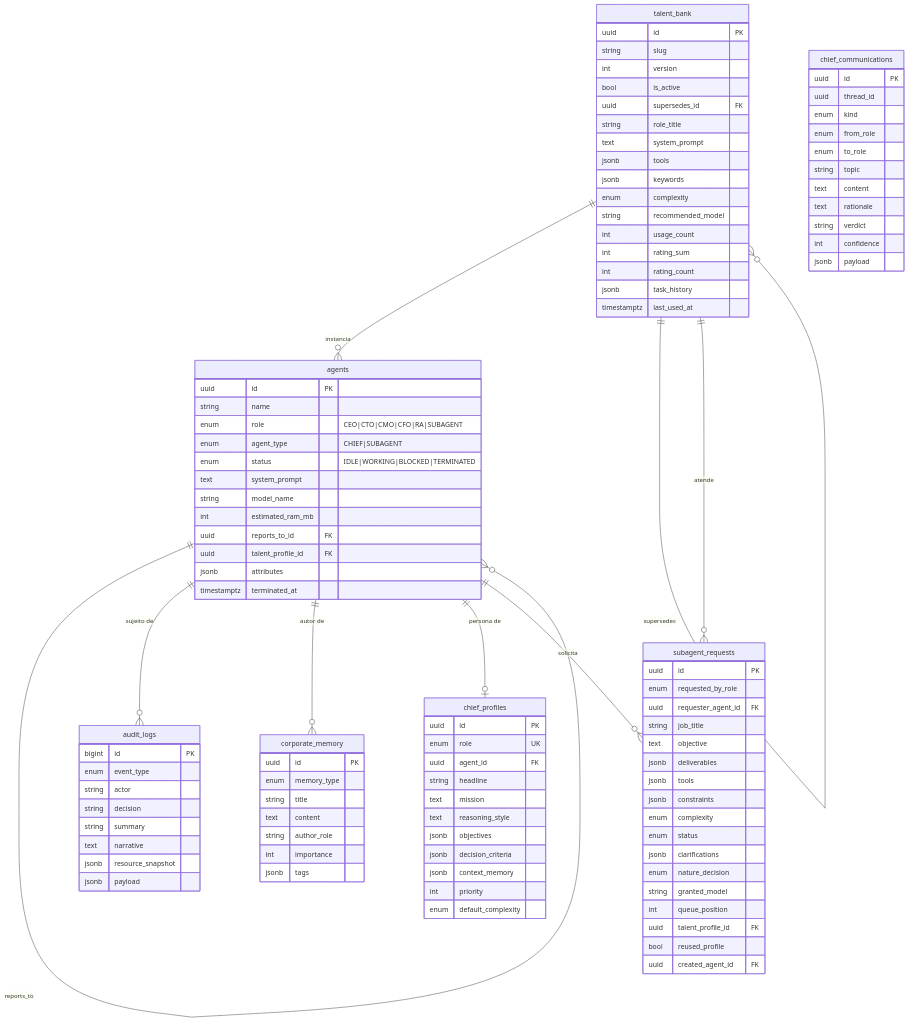
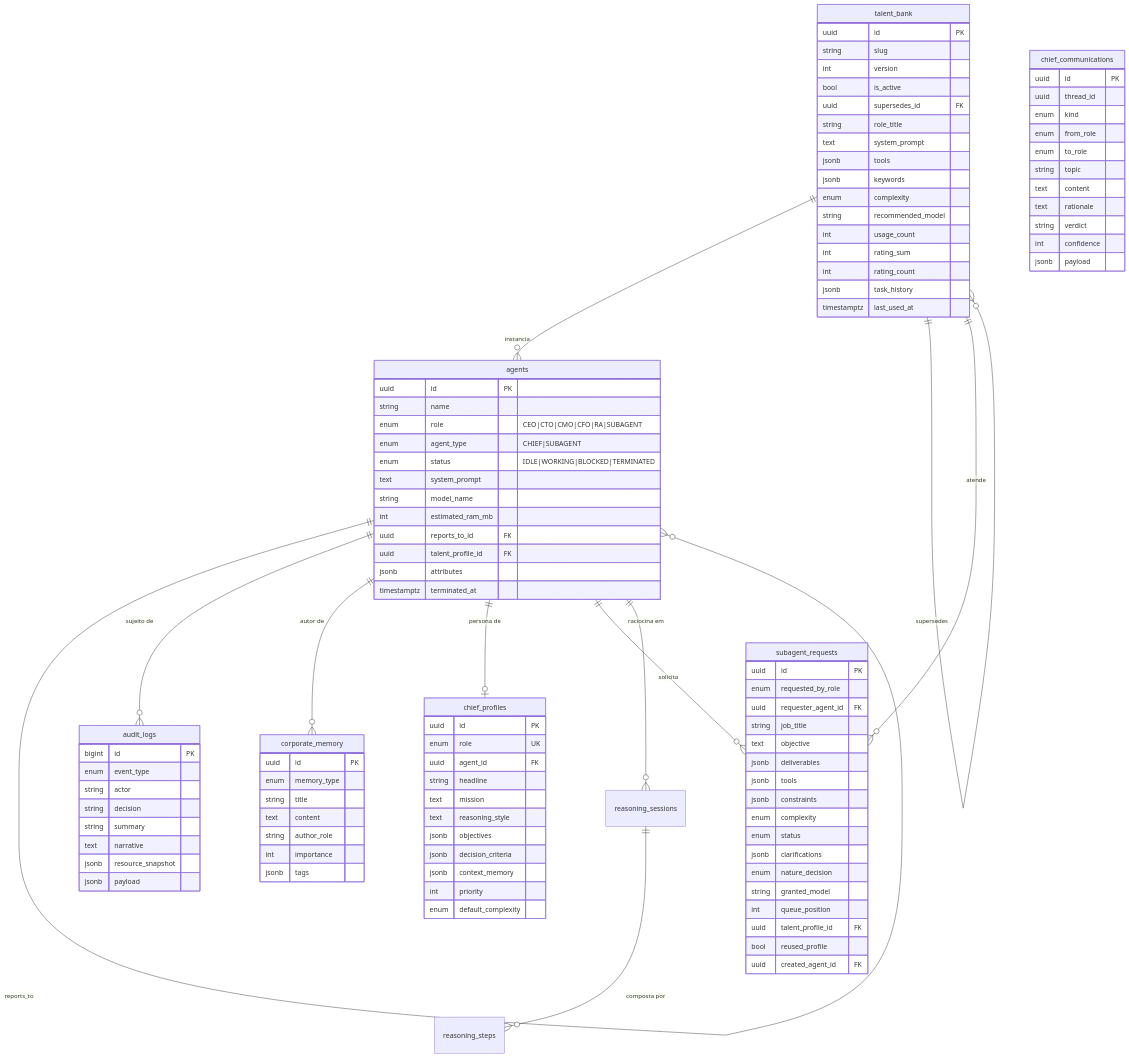
Before and after one commit to willrockoliv/they-work: the fifth of 8 diagrams in docs/ARCHITECTURE.md, drawn with Mermaid. The commit also changed other lines of this file and 35 other files, not shown here.

```diff
--- a/docs/ARCHITECTURE.md
+++ b/docs/ARCHITECTURE.md
@@ -316,6 +370,8 @@
     agents ||--o| chief_profiles : "persona de"
     agents ||--o{ subagent_requests : "solicita"
     talent_bank ||--o{ subagent_requests : "atende"
+    agents ||--o{ reasoning_sessions : "raciocina em"
+    reasoning_sessions ||--o{ reasoning_steps : "composta por"
 
     agents {
         uuid id PK
```
